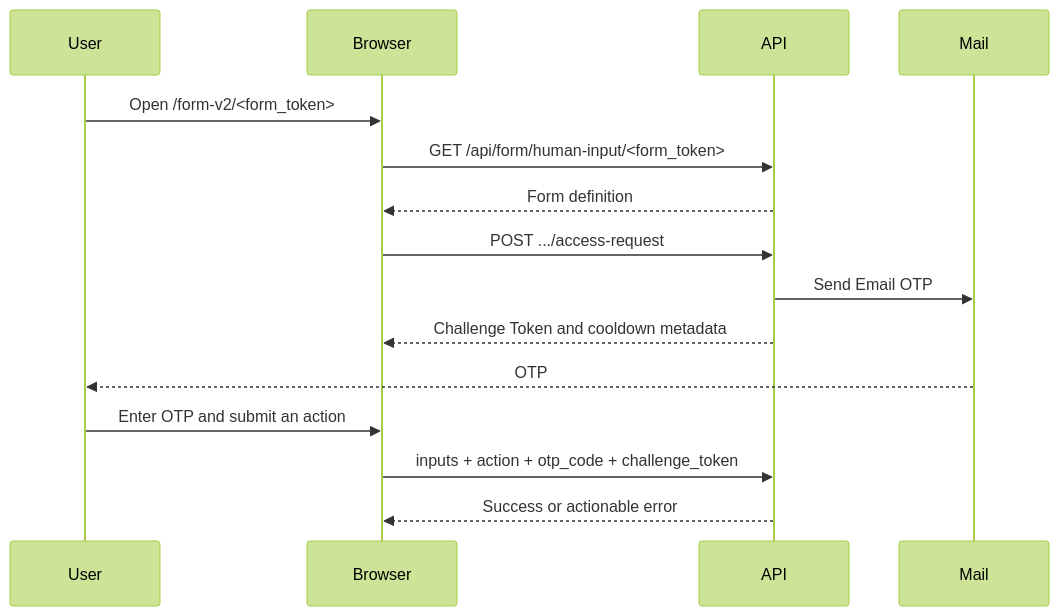
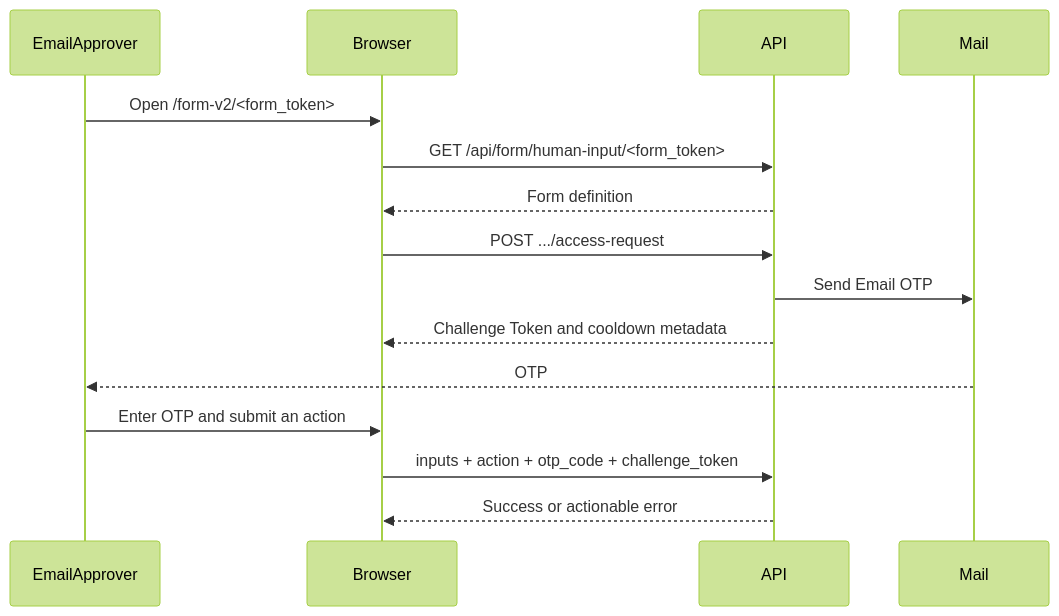
The diagram in openspec/changes/add-human-input-v2-form-page/design.md (langgenius/dify), drawn with Mermaid (forest theme) before and after one commit. The commit also changed other lines of this file and 4 other files, not shown here.

Commit message:
docs(openspec): clarify human input v2 auth flows

````diff
--- a/openspec/changes/add-human-input-v2-form-page/design.md
+++ b/openspec/changes/add-human-input-v2-form-page/design.md
@@ -7,18 +9,18 @@
 ```mermaid
 sequenceDiagram
-    participant User
+    participant EmailApprover
     participant Browser
     participant API
     participant Mail
 
-    User->>Browser: Open /form-v2/<form_token>
+    EmailApprover->>Browser: Open /form-v2/<form_token>
     Browser->>API: GET /api/form/human-input/<form_token>
     API-->>Browser: Form definition
     Browser->>API: POST .../access-request
     API->>Mail: Send Email OTP
     API-->>Browser: Challenge Token and cooldown metadata
-    Mail-->>User: OTP
-    User->>Browser: Enter OTP and submit an action
+    Mail-->>EmailApprover: OTP
+    EmailApprover->>Browser: Enter OTP and submit an action
     Browser->>API: inputs + action + otp_code + challenge_token
     API-->>Browser: Success or actionable error
 ```
````
